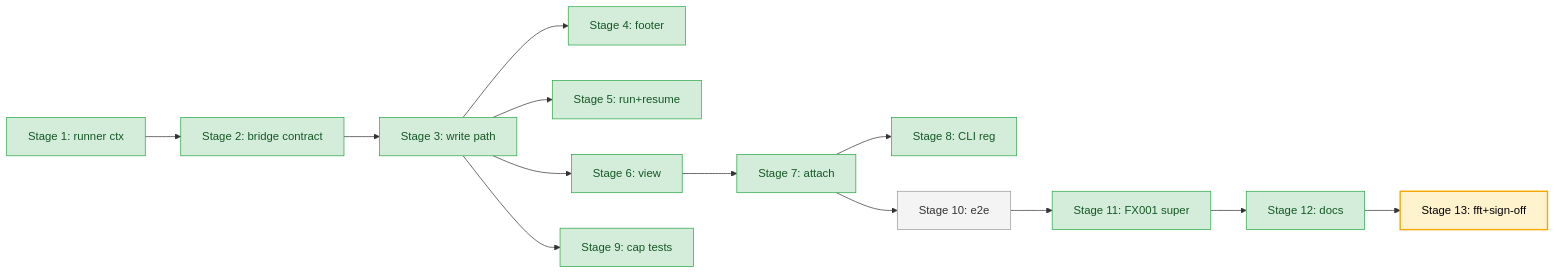
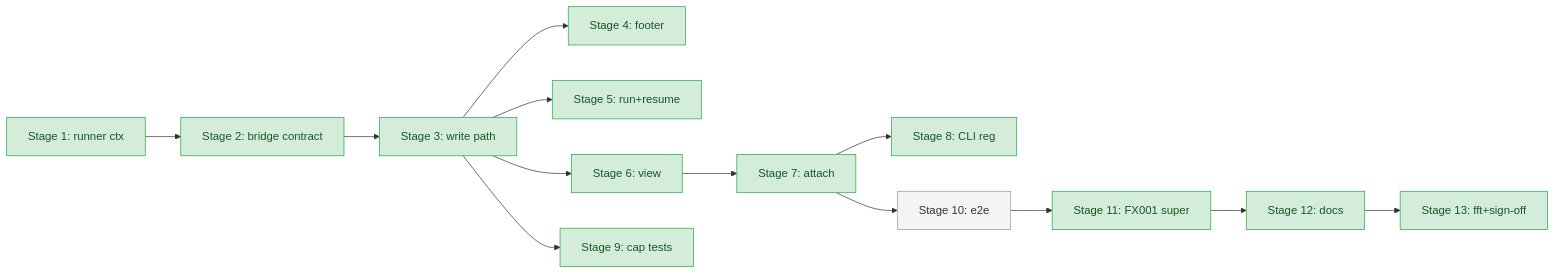
Before and after one commit to AI-Substrate/minih: the diagram in docs/plans/016-a2a-companion-protocol/fixes/FX008-minih-attach-cross-process-tui.fltplan.md, drawn with Mermaid. The commit also changed other lines of this file and 3 other files, not shown here.

````diff
--- a/docs/plans/016-a2a-companion-protocol/fixes/FX008-minih-attach-cross-process-tui.fltplan.md
+++ b/docs/plans/016-a2a-companion-protocol/fixes/FX008-minih-attach-cross-process-tui.fltplan.md
@@ -42,28 +42,28 @@
 ```mermaid
 flowchart LR
     S1[Stage 1: runner ctx]:::done
     S2[Stage 2: bridge contract]:::done
     S3[Stage 3: write path]:::done
     S4[Stage 4: footer]:::done
     S5[Stage 5: run+resume]:::done
     S6[Stage 6: view]:::done
     S7[Stage 7: attach]:::done
     S8[Stage 8: CLI reg]:::done
     S9[Stage 9: cap tests]:::done
     S10[Stage 10: e2e]:::pending
     S11[Stage 11: FX001 super]:::done
     S12[Stage 12: docs]:::done
-    S13[Stage 13: fft+sign-off]:::active
+    S13[Stage 13: fft+sign-off]:::done
 
     S1 --> S2 --> S3 --> S5
     S3 --> S6 --> S7 --> S8
     S3 --> S4
     S3 --> S9
     S7 --> S10
     S10 --> S11 --> S12 --> S13
 
     classDef pending fill:#f4f4f4,stroke:#999,color:#333
     classDef active fill:#fff3cd,stroke:#f6a800,color:#000,stroke-width:2px
     classDef done fill:#d4edda,stroke:#28a745,color:#155724
     classDef blocked fill:#f8d7da,stroke:#dc3545,color:#721c24
 ```
````
